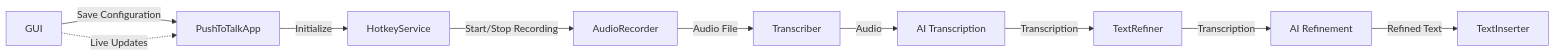
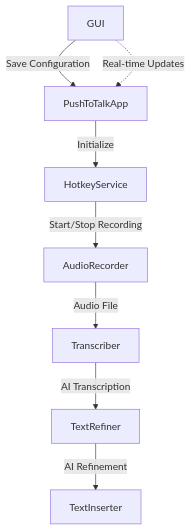
The diagram in README.md (yixin0829/push-to-talk), drawn with Mermaid before and after one commit.

````diff
--- a/README.md
+++ b/README.md
@@ -239,20 +239,13 @@
 ```mermaid
-flowchart LR
+flowchart TB
+    %% GUI
     GUI -->|"Save Configuration"| PushToTalkApp
+    GUI -.->|"Real-time Updates"| PushToTalkApp
 
     %% Main Flow
     PushToTalkApp -->|"Initialize"| HotkeyService
     HotkeyService -->|"Start/Stop Recording"| AudioRecorder
     AudioRecorder -->|"Audio File"| Transcriber
-    Transcriber -->|"Audio"| AI_Transcription
-    TextRefiner -->|"Transcription"| AI_Refinement
-
-    %% External Services
-    AI_Transcription[AI Transcription]
-    AI_Refinement[AI Refinement]
-    AI_Transcription -->|"Transcription"| TextRefiner
-    AI_Refinement -->|"Refined Text"| TextInserter
-
-    %% Dynamic Updates
-    GUI -.->|"Live Updates"| PushToTalkApp
+    Transcriber -->|"AI Transcription"| TextRefiner
+    TextRefiner -->|"AI Refinement"| TextInserter
 ```
````
